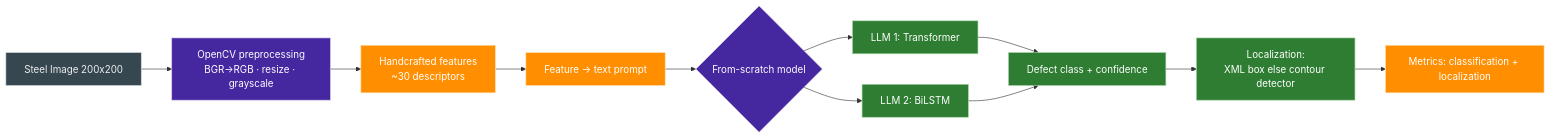
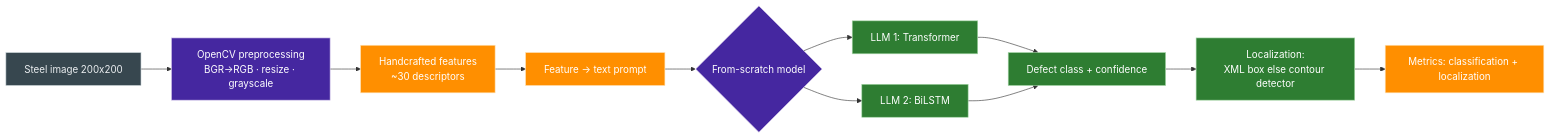
One commit to RiteshKumar2e/Steel_Surface_Defect_NEU_DET-DATASET changed the diagram in README.md. Above: the diagram before and after it, drawn with Mermaid. The commit also changed other lines of this file, not shown here.

````diff
--- a/README.md
+++ b/README.md
@@ -476,24 +350,24 @@
 ```mermaid
 flowchart LR
-    A[Steel Image 200x200] --> B[OpenCV preprocessing<br/>BGR→RGB · resize · grayscale]
+    A[Steel image 200x200] --> B[OpenCV preprocessing<br/>BGR→RGB · resize · grayscale]
     B --> C[Handcrafted features<br/>~30 descriptors]
     C --> D[Feature → text prompt]
     D --> E{From-scratch model}
     E --> F[LLM 1: Transformer]
     E --> G[LLM 2: BiLSTM]
     F --> H[Defect class + confidence]
     G --> H
     H --> I[Localization:<br/>XML box else contour detector]
     I --> J[Metrics: classification + localization]
 
 style A fill:#37474f,stroke:#cfd8dc,color:#eceff1
 style B fill:#4527a0,stroke:#d1c4e9,color:#ffffff
 style C fill:#ff8f00,stroke:#ffe0b2,color:#ffffff
 style D fill:#ff8f00,stroke:#ffe0b2,color:#ffffff
 style E fill:#4527a0,stroke:#d1c4e9,color:#ffffff
 style F fill:#2e7d32,stroke:#a5d6a7,color:#ffffff
 style G fill:#2e7d32,stroke:#a5d6a7,color:#ffffff
 style H fill:#2e7d32,stroke:#a5d6a7,color:#ffffff
 style I fill:#2e7d32,stroke:#a5d6a7,color:#ffffff
 style J fill:#ff8f00,stroke:#ffe0b2,color:#ffffff
 ```
````
